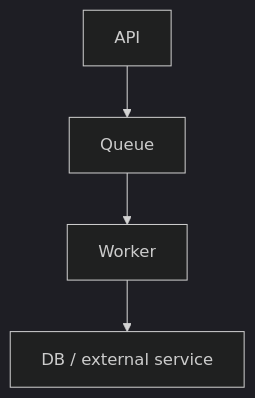
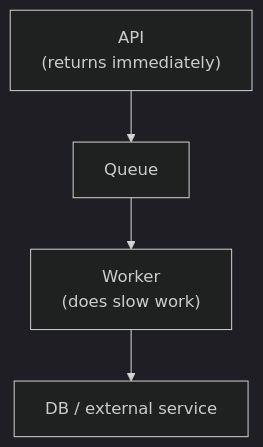
One commit to pankajThakur1874/studysheet changed diagram 21 of 27 in files/08-edge-cases/Tier-5-High-Scale-Architecture.md. Above: the diagram before and after it, drawn with Mermaid (dark theme). The commit also changed other lines of this file and 5 other files, not shown here.

````diff
--- a/files/08-edge-cases/Tier-5-High-Scale-Architecture.md
+++ b/files/08-edge-cases/Tier-5-High-Scale-Architecture.md
@@ -346,6 +910,6 @@
 ```mermaid
 flowchart TD
-    API["API"] --> Queue["Queue"]
-    Queue --> Worker["Worker"]
+    API["API<br/>(returns immediately)"] --> Queue["Queue"]
+    Queue --> Worker["Worker<br/>(does slow work)"]
     Worker --> DB["DB / external service"]
 ```
````
